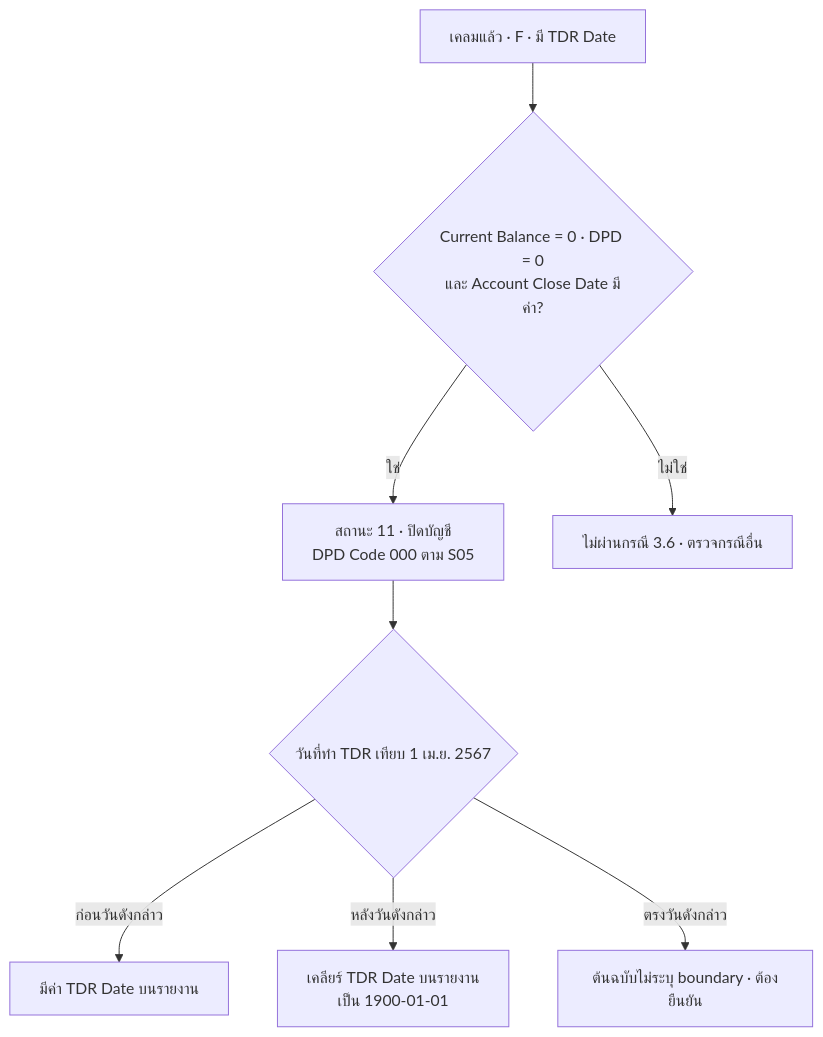
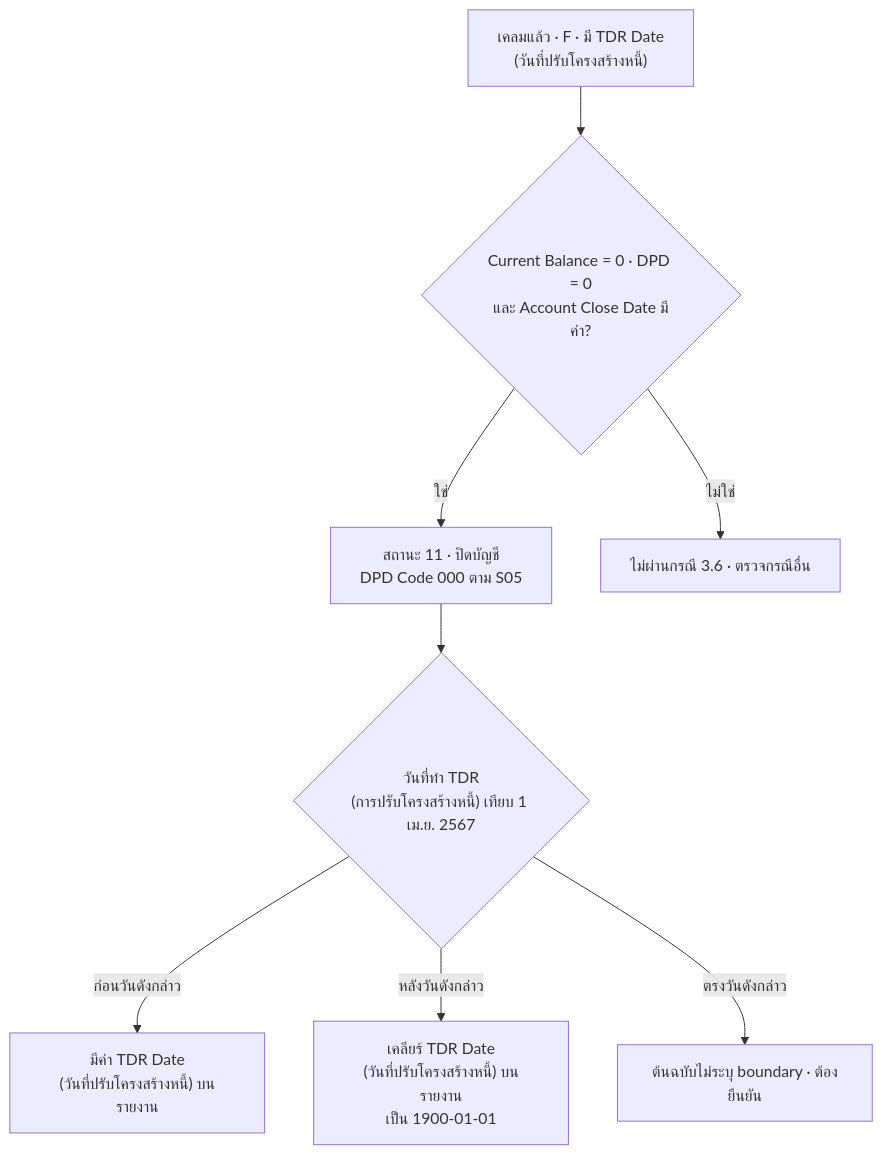
The eighth of 10 diagrams in app/account-status/page.mdx (yukasung/eodncb), drawn with Mermaid before and after one commit. The commit also changed other lines of this file and 14 other files, not shown here.

````diff
--- a/app/account-status/page.mdx
+++ b/app/account-status/page.mdx
@@ -245,10 +245,10 @@
 ```mermaid
 flowchart TD
-    A[เคลมแล้ว · F · มี TDR Date] --> B{Current Balance = 0 · DPD = 0<br/>และ Account Close Date มีค่า?}
+    A["เคลมแล้ว · F · มี TDR Date<br/>(วันที่ปรับโครงสร้างหนี้)"] --> B{Current Balance = 0 · DPD = 0<br/>และ Account Close Date มีค่า?}
     B -->|ใช่| C[สถานะ 11 · ปิดบัญชี<br/>DPD Code 000 ตาม S05]
-    C --> D{วันที่ทำ TDR เทียบ 1 เม.ย. 2567}
-    D -->|ก่อนวันดังกล่าว| E[มีค่า TDR Date บนรายงาน]
-    D -->|หลังวันดังกล่าว| F[เคลียร์ TDR Date บนรายงาน<br/>เป็น 1900-01-01]
+    C --> D{"วันที่ทำ TDR<br/>(การปรับโครงสร้างหนี้) เทียบ 1 เม.ย. 2567"}
+    D -->|ก่อนวันดังกล่าว| E["มีค่า TDR Date<br/>(วันที่ปรับโครงสร้างหนี้) บนรายงาน"]
+    D -->|หลังวันดังกล่าว| F["เคลียร์ TDR Date<br/>(วันที่ปรับโครงสร้างหนี้) บนรายงาน<br/>เป็น 1900-01-01"]
     D -->|ตรงวันดังกล่าว| G[ต้นฉบับไม่ระบุ boundary · ต้องยืนยัน]
     B -->|ไม่ใช่| X[ไม่ผ่านกรณี 3.6 · ตรวจกรณีอื่น]
 ```
````
